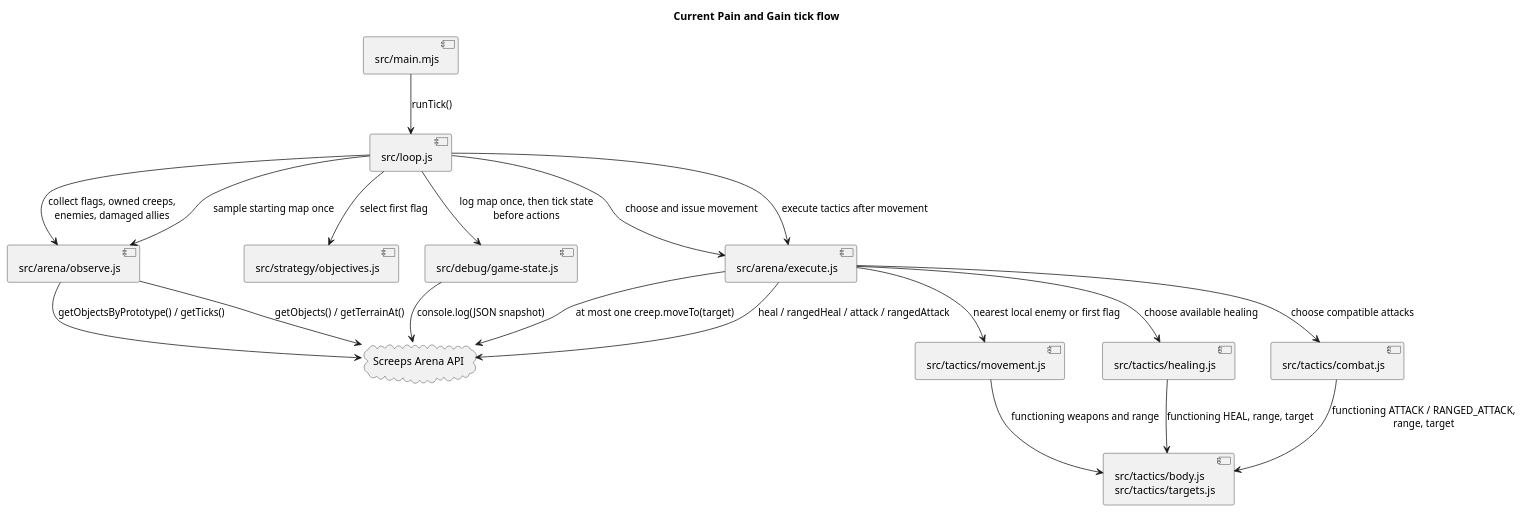
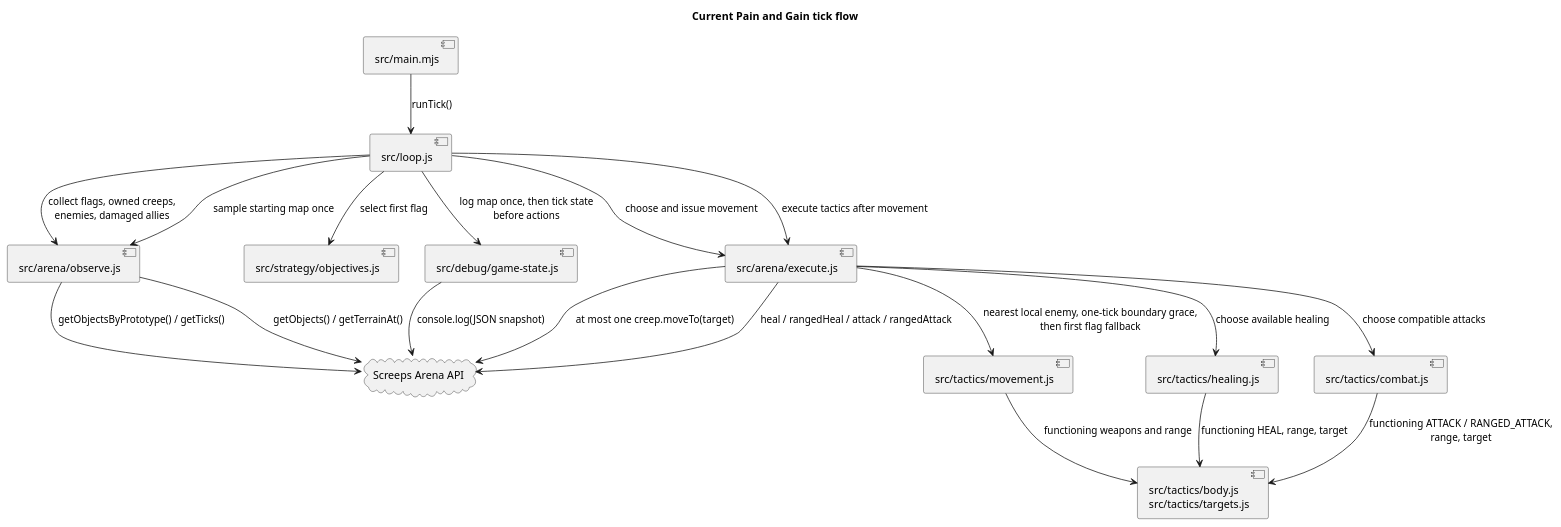
Before and after one commit to zolcsika71/pain_and_gain: the diagram in docs/diagrams/tick-flow.puml, drawn with PlantUML. The commit also changed 9 other files, not shown here.

```diff
--- a/docs/diagrams/tick-flow.puml
+++ b/docs/diagrams/tick-flow.puml
@@ -1,35 +1,35 @@
 @startuml
 title Current Pain and Gain tick flow
 
 component "src/main.mjs" as Main
 component "src/loop.js" as Loop
 component "src/arena/observe.js" as Observe
 component "src/strategy/objectives.js" as Objectives
 component "src/debug/game-state.js" as Debug
 component "src/arena/execute.js" as Execute
 component "src/tactics/movement.js" as Movement
 component "src/tactics/healing.js" as Healing
 component "src/tactics/combat.js" as Combat
 component "src/tactics/body.js\nsrc/tactics/targets.js" as Eligibility
 cloud "Screeps Arena API" as API
 
 Main --> Loop : runTick()
 Loop --> Observe : collect flags, owned creeps,\nenemies, damaged allies
 Observe --> API : getObjectsByPrototype() / getTicks()
 Loop --> Objectives : select first flag
 Loop --> Observe : sample starting map once
 Observe --> API : getObjects() / getTerrainAt()
 Loop --> Debug : log map once, then tick state\nbefore actions
 Debug --> API : console.log(JSON snapshot)
 Loop --> Execute : choose and issue movement
-Execute --> Movement : nearest local enemy or first flag
+Execute --> Movement : nearest local enemy, one-tick boundary grace,\nthen first flag fallback
 Movement --> Eligibility : functioning weapons and range
 Execute --> API : at most one creep.moveTo(target)
 Loop --> Execute : execute tactics after movement
 Execute --> Healing : choose available healing
 Execute --> Combat : choose compatible attacks
 Healing --> Eligibility : functioning HEAL, range, target
 Combat --> Eligibility : functioning ATTACK / RANGED_ATTACK,\nrange, target
 Execute --> API : heal / rangedHeal / attack / rangedAttack
 
 @enduml
```
